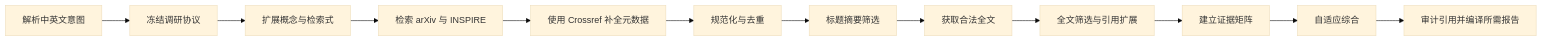
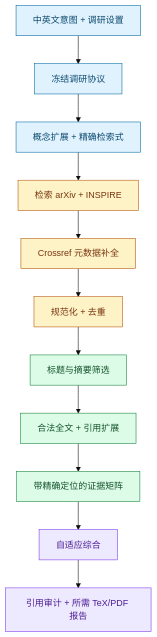
Before and after one commit to Enjoy20030921/survey-physics-literature: the diagram in README.zh-CN.md, drawn with Mermaid (base theme). The commit also changed other lines of this file and 1 other file, not shown here.

````diff
--- a/README.zh-CN.md
+++ b/README.zh-CN.md
@@ -122,14 +170,22 @@
 ```mermaid
-flowchart LR
-    A[解析中英文意图] --> B[冻结调研协议]
-    B --> C[扩展概念与检索式]
-    C --> D[检索 arXiv 与 INSPIRE]
-    D --> E[使用 Crossref 补全元数据]
-    E --> F[规范化与去重]
-    F --> G[标题摘要筛选]
-    G --> H[获取合法全文]
-    H --> I[全文筛选与引用扩展]
-    I --> J[建立证据矩阵]
-    J --> K[自适应综合]
-    K --> L[审计引用并编译所需报告]
+flowchart TD
+    A["中英文意图 + 调研设置"] --> B["冻结调研协议"]
+    B --> C["概念扩展 + 精确检索式"]
+    C --> D["检索 arXiv + INSPIRE"]
+    D --> E["Crossref 元数据补全"]
+    E --> F["规范化 + 去重"]
+    F --> G["标题与摘要筛选"]
+    G --> H["合法全文 + 引用扩展"]
+    H --> I["带精确定位的证据矩阵"]
+    I --> J["自适应综合"]
+    J --> K["引用审计 + 所需 TeX/PDF 报告"]
+
+    classDef protocol fill:#e0f2fe,stroke:#0369a1,color:#0c4a6e;
+    classDef sources fill:#fef3c7,stroke:#b45309,color:#78350f;
+    classDef evidence fill:#dcfce7,stroke:#15803d,color:#14532d;
+    classDef output fill:#ede9fe,stroke:#7c3aed,color:#4c1d95;
+    class A,B,C protocol;
+    class D,E,F sources;
+    class G,H,I evidence;
+    class J,K output;
 ```
````
